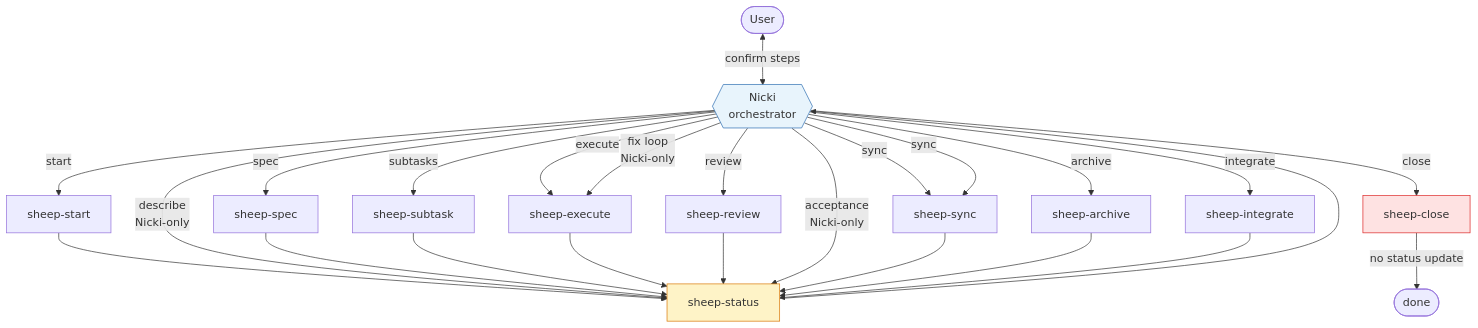
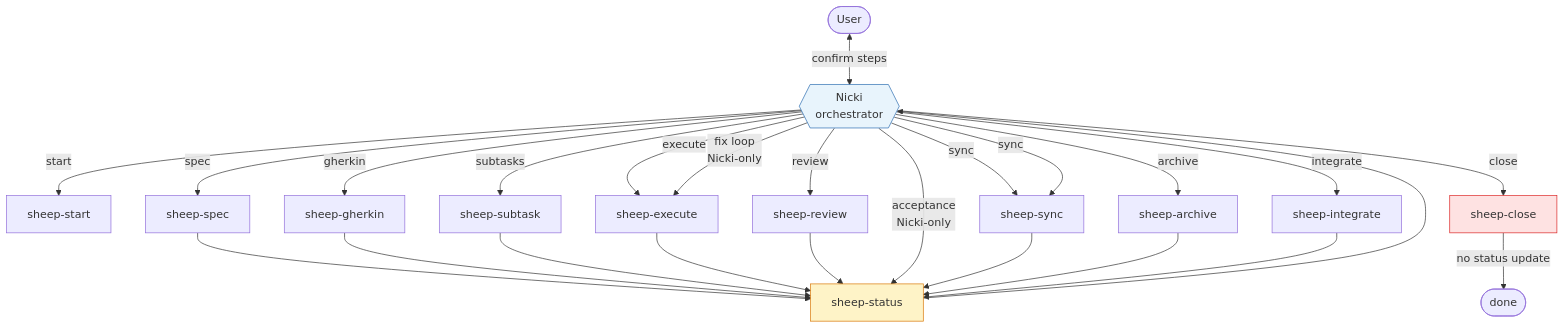
The first of 2 diagrams in docs/WORKFLOW-DIAGRAMS.md (MiltonCastilloG/nicki), drawn with Mermaid before and after one commit. The commit also changed other lines of this file and 64 other files, not shown here.

````diff
--- a/docs/WORKFLOW-DIAGRAMS.md
+++ b/docs/WORKFLOW-DIAGRAMS.md
@@ -11,58 +11,60 @@
 ```mermaid
 flowchart TD
     User([User])
 
     Nicki{{Nicki<br/>orchestrator}}
 
     SS[sheep-start]
     SSpec[sheep-spec]
+    SDesc[sheep-gherkin]
     SSub[sheep-subtask]
     SExec[sheep-execute]
     SRev[sheep-review]
     SSync[sheep-sync]
     SArch[sheep-archive]
     Sint[sheep-integrate]
     SClose[sheep-close]
     SStat[sheep-status]
 
     User <-->|confirm steps| Nicki
 
     Nicki -->|start| SS
-    SS --> SStat
-    Nicki -->|describe<br/>Nicki-only| SStat
 
     Nicki -->|spec| SSpec
     SSpec --> SStat
+
+    Nicki -->|gherkin| SDesc
+    SDesc --> SStat
 
     Nicki -->|subtasks| SSub
     SSub --> SStat
 
     Nicki -->|execute| SExec
     SExec --> SStat
 
     Nicki -->|review| SRev
     SRev --> SStat
 
     Nicki -->|acceptance<br/>Nicki-only| SStat
     Nicki -->|fix loop<br/>Nicki-only| SExec
 
     Nicki -->|sync| SSync
     SSync --> SStat
 
     Nicki -->|archive| SArch
     SArch --> SStat
 
     Nicki -->|sync| SSync
 
     Nicki -->|integrate| Sint
     Sint --> SStat
 
     Nicki -->|close| SClose
     SClose -->|no status update| Done([done])
 
     SStat --> Nicki
 
     style Nicki fill:#e8f4fc,stroke:#2b6cb0
     style SStat fill:#fef3c7,stroke:#d97706
     style SClose fill:#fee2e2,stroke:#dc2626
 ```
````
